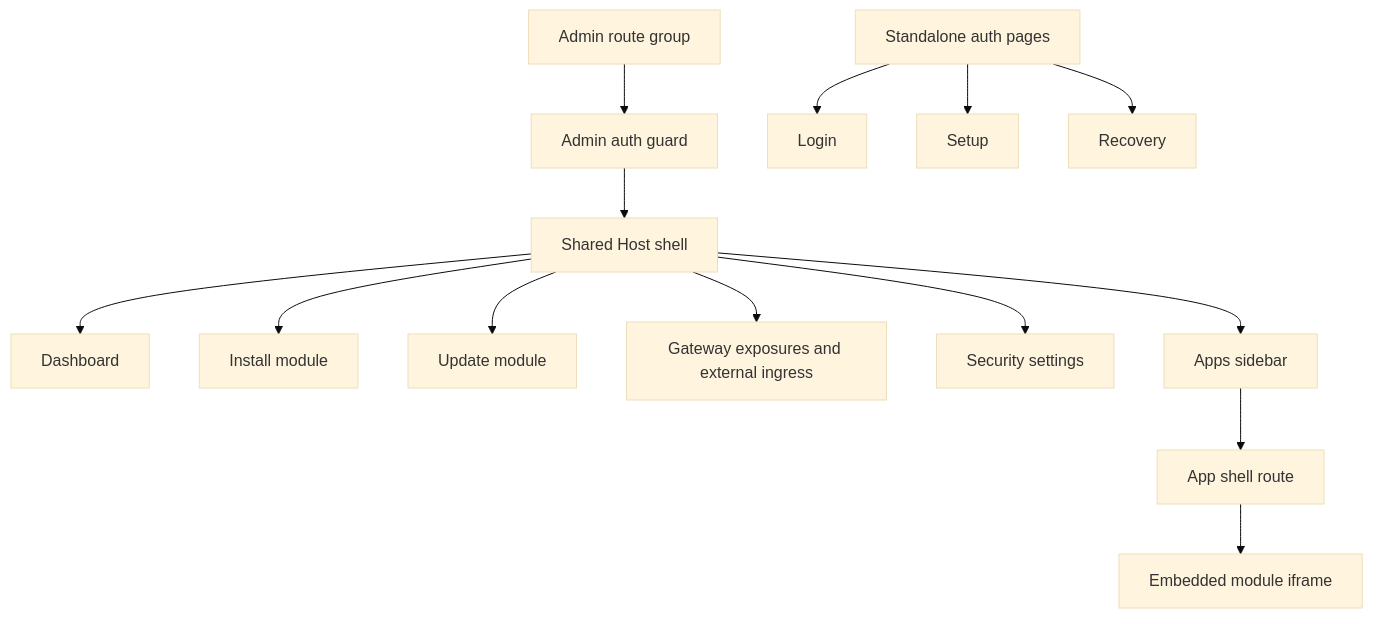
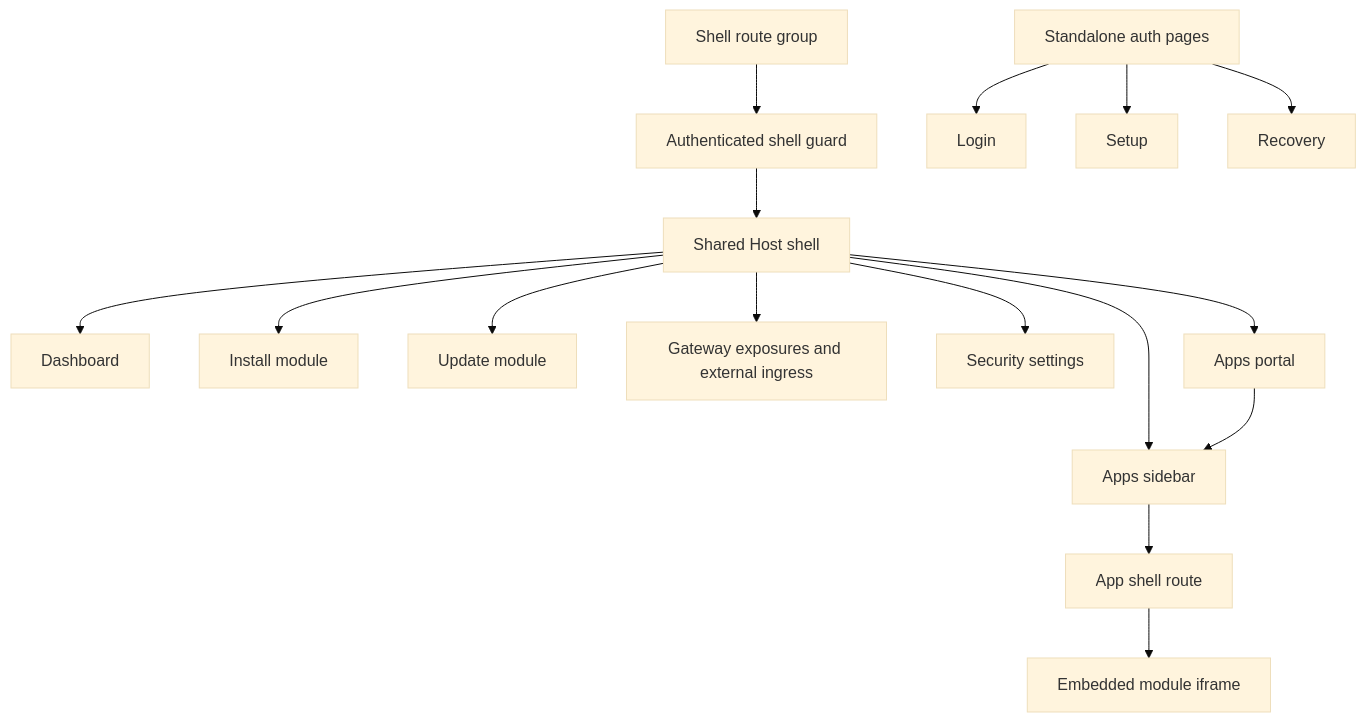
Before and after one commit to alex-de-haas/docker-host: the diagram in docs/features/host-app-shell.md, drawn with Mermaid (base theme). The commit also changed other lines of this file and 20 other files, not shown here.

Commit message:
Add user portal behavior to the Host shell

````diff
--- a/docs/features/host-app-shell.md
+++ b/docs/features/host-app-shell.md
@@ -70,16 +82,18 @@
 ```mermaid
 flowchart TD
-  A["Admin route group"] --> B["Admin auth guard"]
+  A["Shell route group"] --> B["Authenticated shell guard"]
   B --> C["Shared Host shell"]
   C --> D["Dashboard"]
   C --> E["Install module"]
   C --> F["Update module"]
   C --> G["Gateway exposures and external ingress"]
   C --> H["Security settings"]
   C --> M["Apps sidebar"]
+  C --> P["Apps portal"]
+  P --> M
   M --> N["App shell route"]
   N --> O["Embedded module iframe"]
   I["Standalone auth pages"] --> J["Login"]
   I --> K["Setup"]
   I --> L["Recovery"]
 ```
````
